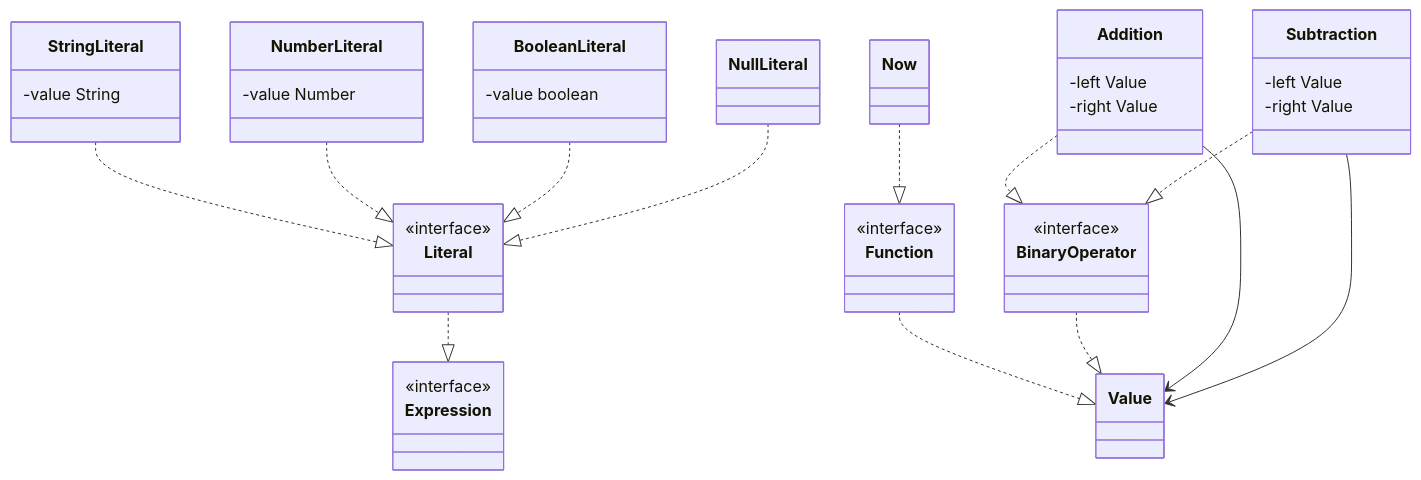
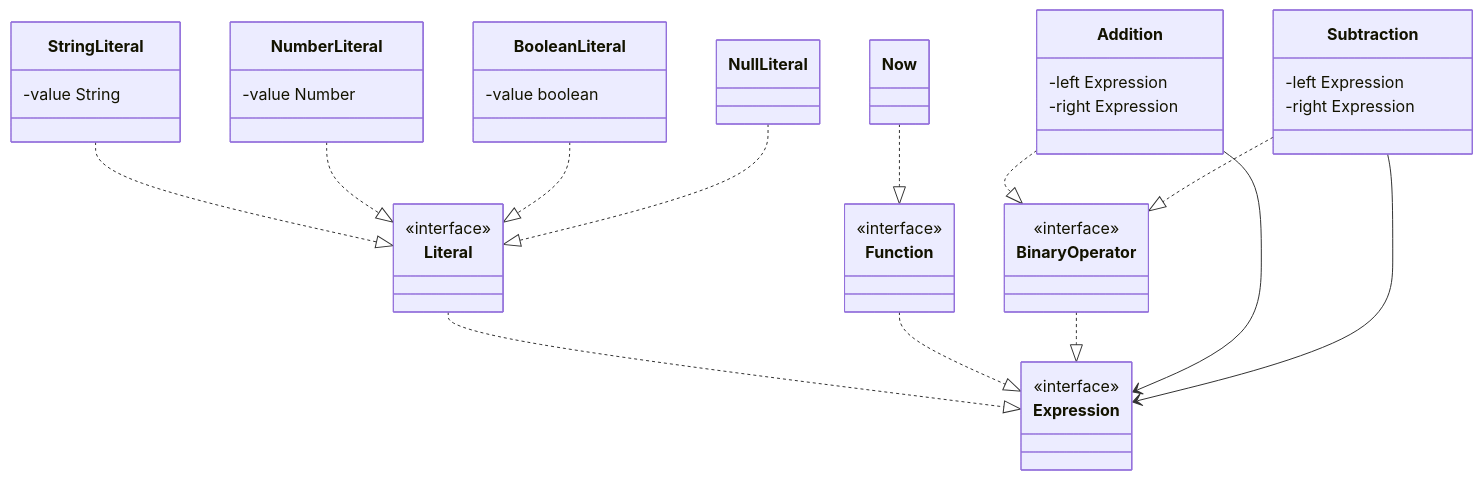
One commit to safarislava/QueryBricks changed the seventh of 10 diagrams in docs/domain.md. Above: the diagram before and after it, drawn with Mermaid. The commit also changed other lines of this file, not shown here.

````diff
--- a/docs/domain.md
+++ b/docs/domain.md
@@ -194,56 +194,56 @@
 ```mermaid
 classDiagram
     class Expression {
         <<interface>>
     }
 
     class Literal {
         <<interface>>
     }
     Literal ..|> Expression
 
     class StringLiteral {
         -value String
     }
     StringLiteral ..|> Literal
 
     class NumberLiteral {
         -value Number
     }
     NumberLiteral ..|> Literal
 
     class BooleanLiteral {
         -value boolean
     }
     BooleanLiteral ..|> Literal
 
     class NullLiteral
     NullLiteral ..|> Literal
 
     class Function {
         <<interface>>
     }
-    Function ..|> Value
+    Function ..|> Expression
 
     class Now
     Now ..|> Function
 
     class BinaryOperator {
         <<interface>>
     }
-    BinaryOperator ..|> Value
+    BinaryOperator ..|> Expression
 
     class Addition {
-        -left Value
-        -right Value
+        -left Expression
+        -right Expression
     }
     Addition ..|> BinaryOperator
-    Addition --> Value
+    Addition --> Expression
 
     class Subtraction {
-        -left Value
-        -right Value
+        -left Expression
+        -right Expression
     }
     Subtraction ..|> BinaryOperator
-    Subtraction --> Value
+    Subtraction --> Expression
 ```
````
